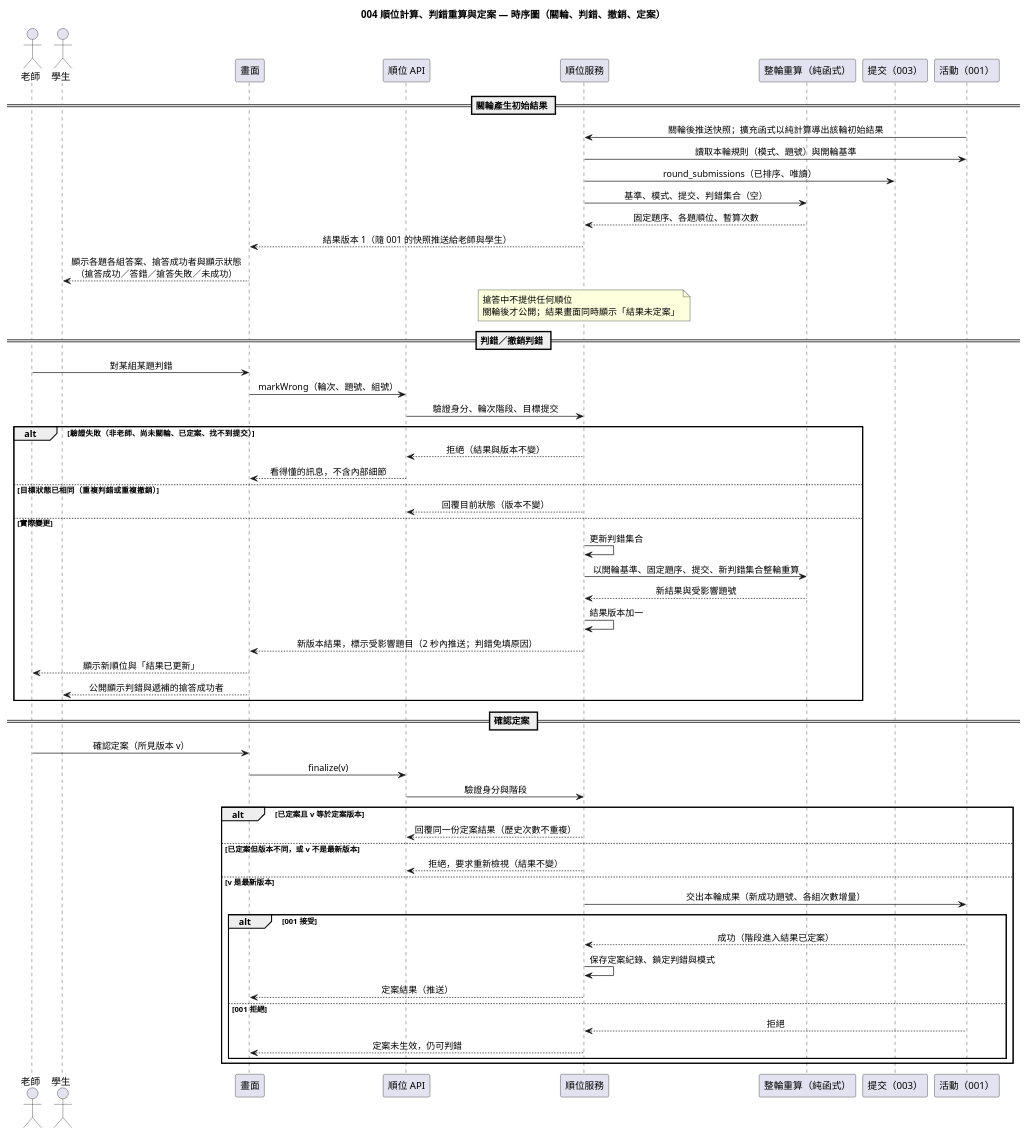
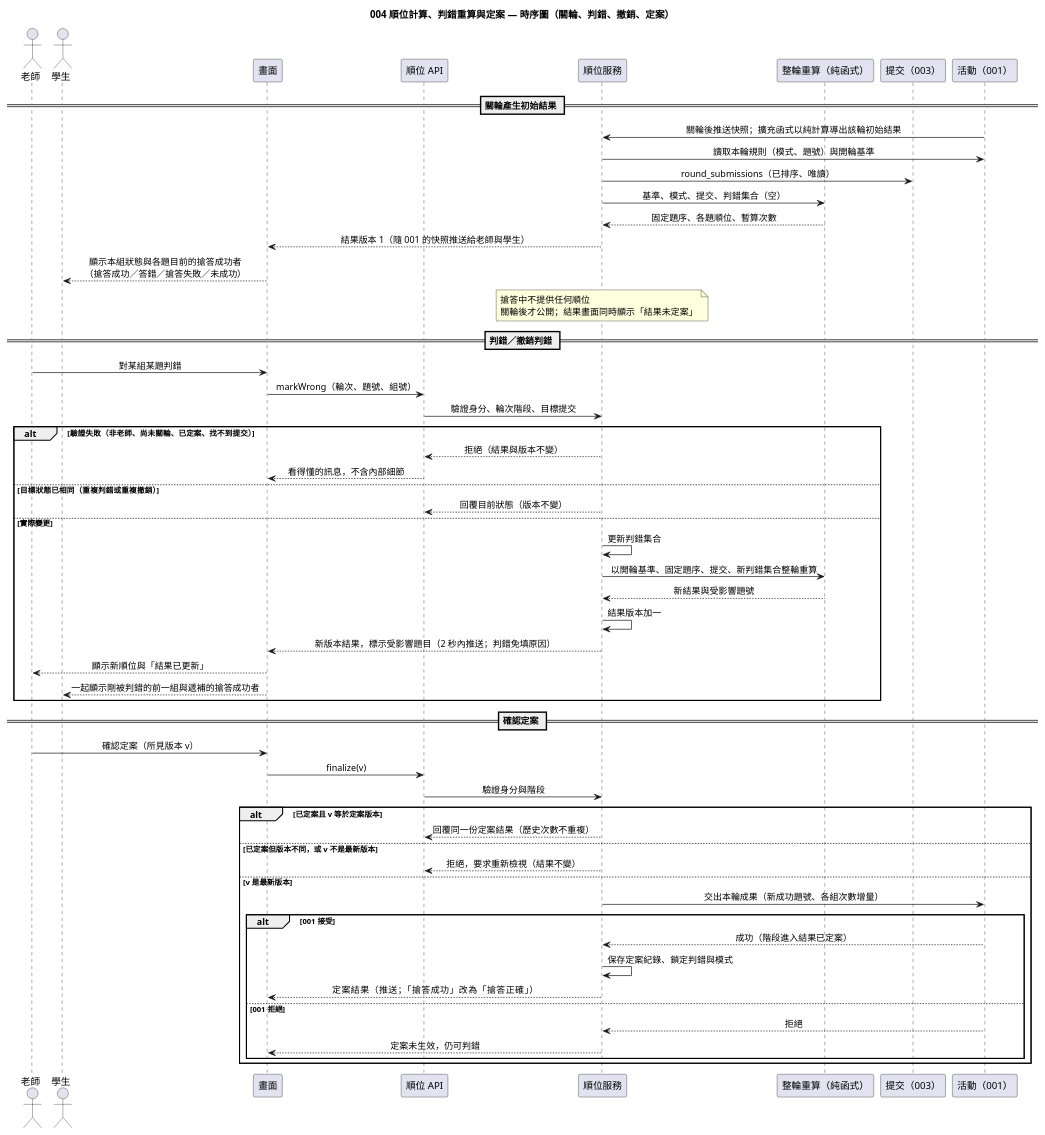
One commit to EricC430/lecture-answer-first_group16_speckit changed the diagram in diagrams/004-ranking-review-sequence.puml. Above: the diagram before and after it, drawn with PlantUML. The commit also changed 14 other files, not shown here.

First line of the commit message:
docs: 004 spec clarify（搶答正確、被替換者顯示、老師介面判錯順序）並同步 plan／設計文件／圖／tasks (#8)

```diff
--- a/diagrams/004-ranking-review-sequence.puml
+++ b/diagrams/004-ranking-review-sequence.puml
@@ -1,63 +1,63 @@
 @startuml 004-ranking-review-sequence
 skinparam defaultFontName "Microsoft JhengHei"
 skinparam sequenceMessageAlign center
 title 004 順位計算、判錯重算與定案 — 時序圖（關輪、判錯、撤銷、定案）
 
 actor "老師" as T
 actor "學生" as S
 participant "畫面" as UI
 participant "順位 API" as API
 participant "順位服務" as R
 participant "整輪重算（純函式）" as C
 participant "提交（003）" as SUB
 participant "活動（001）" as A
 
 == 關輪產生初始結果 ==
 A -> R : 關輪後推送快照；擴充函式以純計算導出該輪初始結果
 R -> A : 讀取本輪規則（模式、題號）與開輪基準
 R -> SUB : round_submissions（已排序、唯讀）
 R -> C : 基準、模式、提交、判錯集合（空）
 C --> R : 固定題序、各題順位、暫算次數
 R --> UI : 結果版本 1（隨 001 的快照推送給老師與學生）
-UI --> S : 顯示各題各組答案、搶答成功者與顯示狀態\n（搶答成功／答錯／搶答失敗／未成功）
+UI --> S : 顯示本組狀態與各題目前的搶答成功者\n（搶答成功／答錯／搶答失敗／未成功）
 note over R : 搶答中不提供任何順位\n關輪後才公開；結果畫面同時顯示「結果未定案」
 
 == 判錯／撤銷判錯 ==
 T -> UI : 對某組某題判錯
 UI -> API : markWrong（輪次、題號、組號）
 API -> R : 驗證身分、輪次階段、目標提交
 alt 驗證失敗（非老師、尚未關輪、已定案、找不到提交）
   R --> API : 拒絕（結果與版本不變）
   API --> UI : 看得懂的訊息，不含內部細節
 else 目標狀態已相同（重複判錯或重複撤銷）
   R --> API : 回覆目前狀態（版本不變）
 else 實際變更
   R -> R : 更新判錯集合
   R -> C : 以開輪基準、固定題序、提交、新判錯集合整輪重算
   C --> R : 新結果與受影響題號
   R -> R : 結果版本加一
   R --> UI : 新版本結果，標示受影響題目（2 秒內推送；判錯免填原因）
   UI --> T : 顯示新順位與「結果已更新」
-  UI --> S : 公開顯示判錯與遞補的搶答成功者
+  UI --> S : 一起顯示剛被判錯的前一組與遞補的搶答成功者
 end
 
 == 確認定案 ==
 T -> UI : 確認定案（所見版本 v）
 UI -> API : finalize(v)
 API -> R : 驗證身分與階段
 alt 已定案且 v 等於定案版本
   R --> API : 回覆同一份定案結果（歷史次數不重複）
 else 已定案但版本不同，或 v 不是最新版本
   R --> API : 拒絕，要求重新檢視（結果不變）
 else v 是最新版本
   R -> A : 交出本輪成果（新成功題號、各組次數增量）
   alt 001 接受
     A --> R : 成功（階段進入結果已定案）
     R -> R : 保存定案紀錄、鎖定判錯與模式
-    R --> UI : 定案結果（推送）
+    R --> UI : 定案結果（推送；「搶答成功」改為「搶答正確」）
   else 001 拒絕
     A --> R : 拒絕
     R --> UI : 定案未生效，仍可判錯
   end
 end
 @enduml
```
